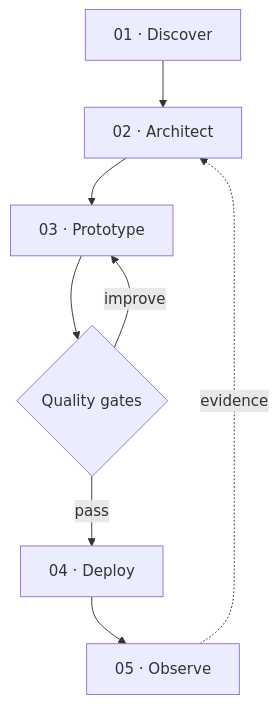
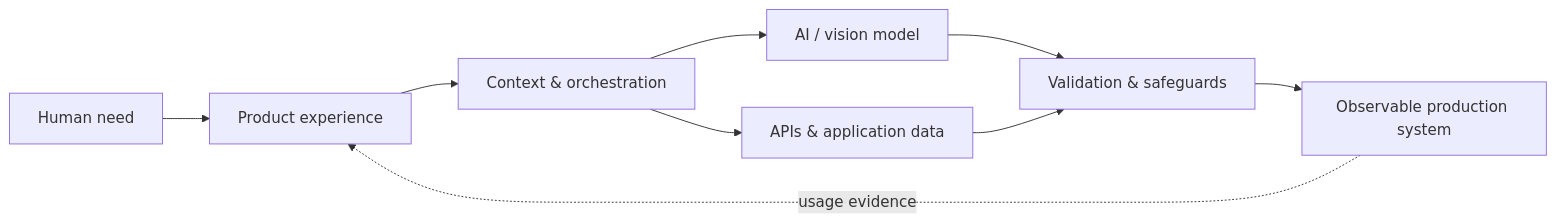
Before and after one commit to rabiyajeh/rabiyajeh: the diagram in README.md, drawn with Mermaid. The commit also changed other lines of this file, not shown here.

````diff
--- a/README.md
+++ b/README.md
@@ -763,10 +278,11 @@
 ```mermaid
-flowchart TB
-    A["01 · Discover"] --> B["02 · Architect"]
-    B --> C["03 · Prototype"]
-    C --> D{"Quality gates"}
-    D -->|pass| E["04 · Deploy"]
-    D -->|improve| C
-    E --> F["05 · Observe"]
-    F -. evidence .-> B
+flowchart LR
+    A["Human need"] --> B["Product experience"]
+    B --> C["Context & orchestration"]
+    C --> D["AI / vision model"]
+    C --> E["APIs & application data"]
+    D --> F["Validation & safeguards"]
+    E --> F
+    F --> G["Observable production system"]
+    G -. "usage evidence" .-> B
 ```
````
